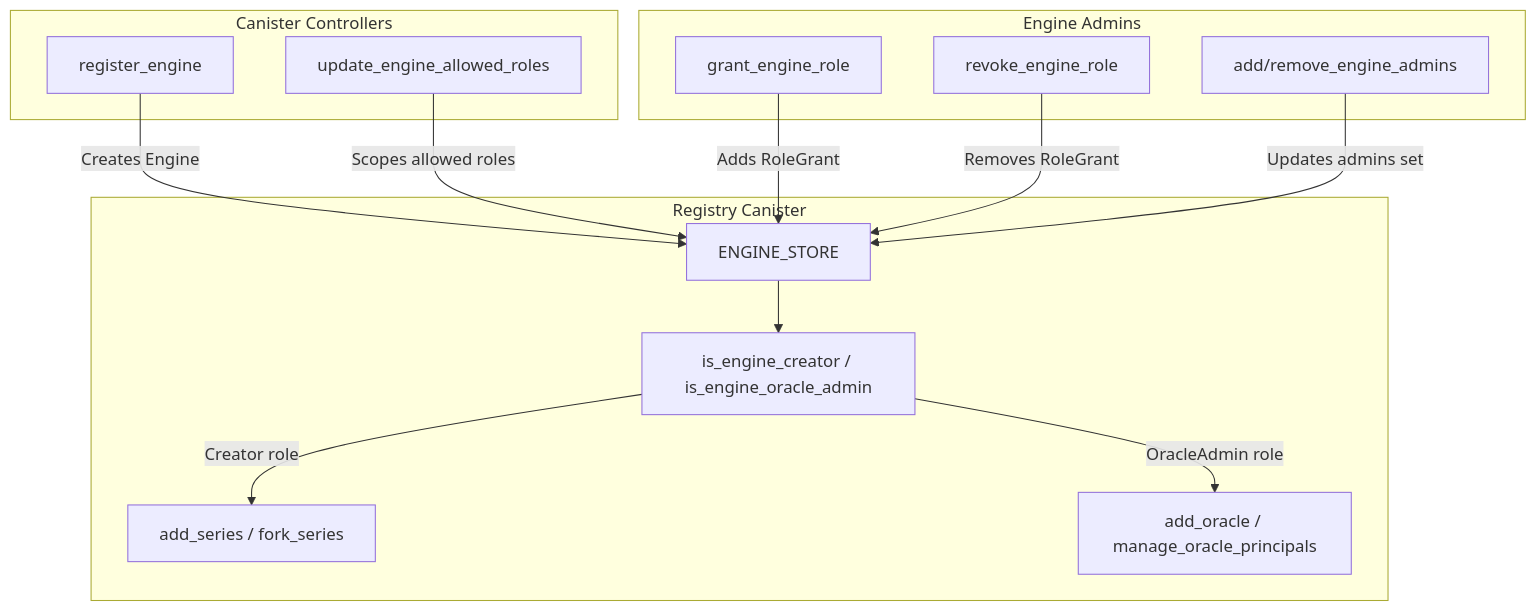
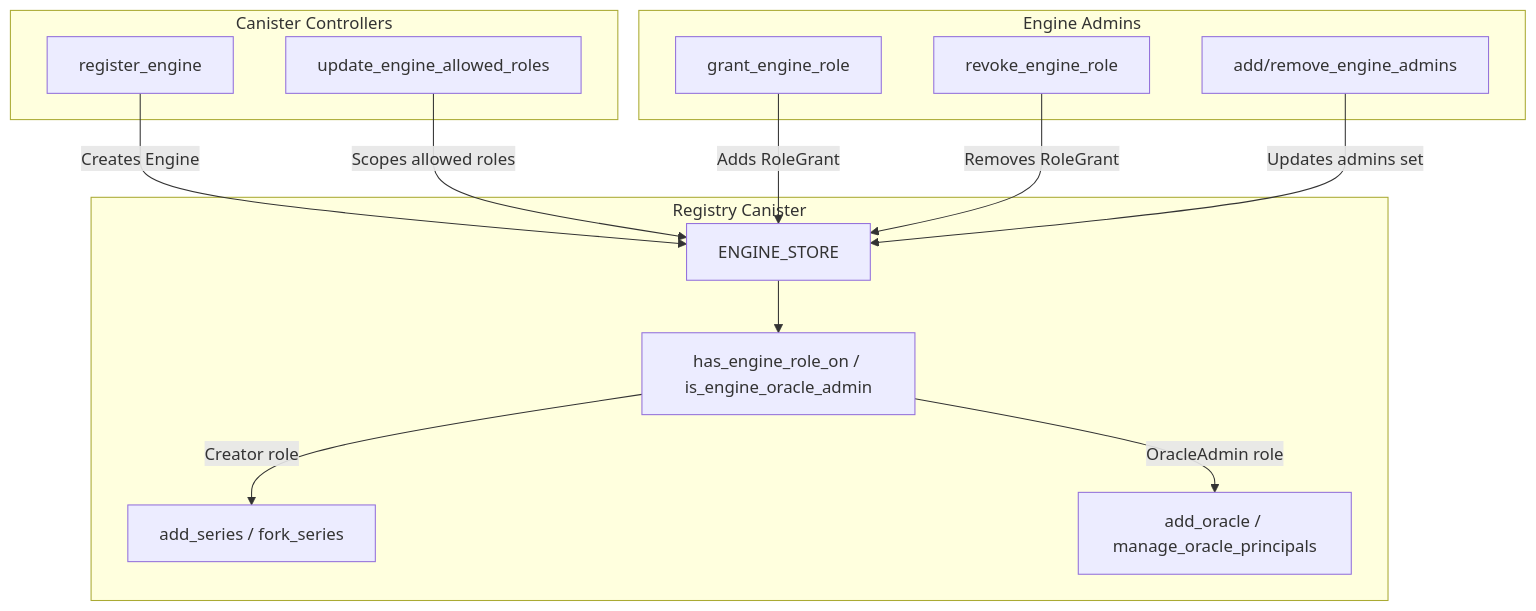
One commit to AntonioVentilii/icdc-core changed the first of 3 diagrams in docs/architecture/engines.md. Above: the diagram before and after it, drawn with Mermaid. The commit also changed other lines of this file and 8 other files, not shown here.

````diff
--- a/docs/architecture/engines.md
+++ b/docs/architecture/engines.md
@@ -13,30 +13,30 @@
 ```mermaid
 flowchart TD
     subgraph controller [Canister Controllers]
         RegisterEngine["register_engine"]
         SetAllowedRoles["update_engine_allowed_roles"]
     end
 
     subgraph engineAdmin [Engine Admins]
         GrantRole["grant_engine_role"]
         RevokeRole["revoke_engine_role"]
         ManageAdmins["add/remove_engine_admins"]
     end
 
     subgraph registry [Registry Canister]
         EngineStore["ENGINE_STORE"]
-        Guards["is_engine_creator / is_engine_oracle_admin"]
+        Guards["has_engine_role_on / is_engine_oracle_admin"]
         SeriesAPI["add_series / fork_series"]
         OracleAPI["add_oracle / manage_oracle_principals"]
     end
 
     RegisterEngine -->|"Creates Engine"| EngineStore
     SetAllowedRoles -->|"Scopes allowed roles"| EngineStore
     GrantRole -->|"Adds RoleGrant"| EngineStore
     RevokeRole -->|"Removes RoleGrant"| EngineStore
     ManageAdmins -->|"Updates admins set"| EngineStore
 
     EngineStore --> Guards
     Guards -->|"Creator role"| SeriesAPI
     Guards -->|"OracleAdmin role"| OracleAPI
 ```
````
